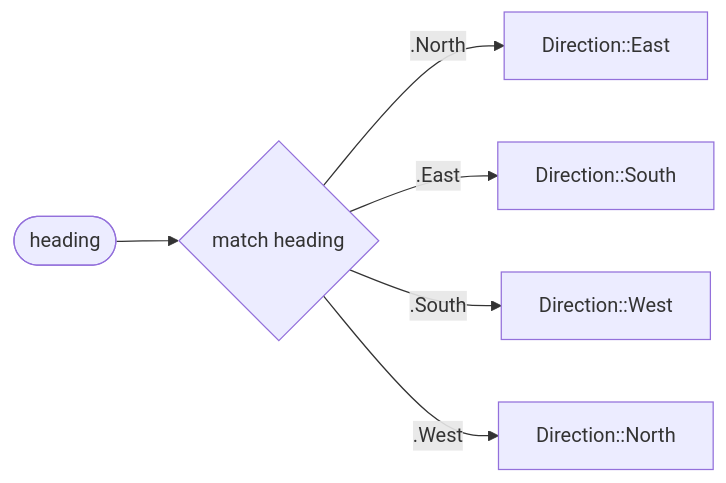
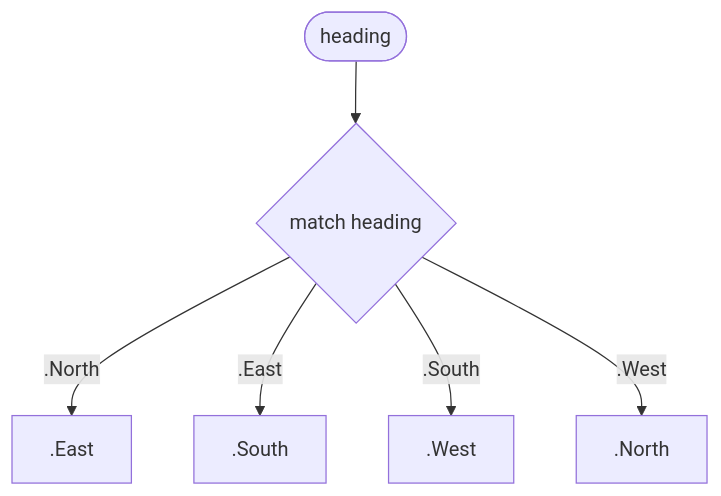
The diagram in content/docs/1.learn/06.types/08.enum.md (rux-lang/Web), drawn with Mermaid before and after one commit. The commit also changed 46 other files, not shown here.

First line of the commit message:
Fit the course diagrams on phone screens

````diff
--- a/content/docs/1.learn/06.types/08.enum.md
+++ b/content/docs/1.learn/06.types/08.enum.md
@@ -83,8 +83,8 @@
 ```mermaid
-flowchart LR
+flowchart TD
     v(["`heading`"]) --> m{"`match heading`"}
-    m -- "`.North`" --> n["`Direction::East`"]
-    m -- "`.East`" --> e["`Direction::South`"]
-    m -- "`.South`" --> s["`Direction::West`"]
-    m -- "`.West`" --> w["`Direction::North`"]
+    m -- "`.North`" --> n["`.East`"]
+    m -- "`.East`" --> e["`.South`"]
+    m -- "`.South`" --> s["`.West`"]
+    m -- "`.West`" --> w["`.North`"]
 ```
````
